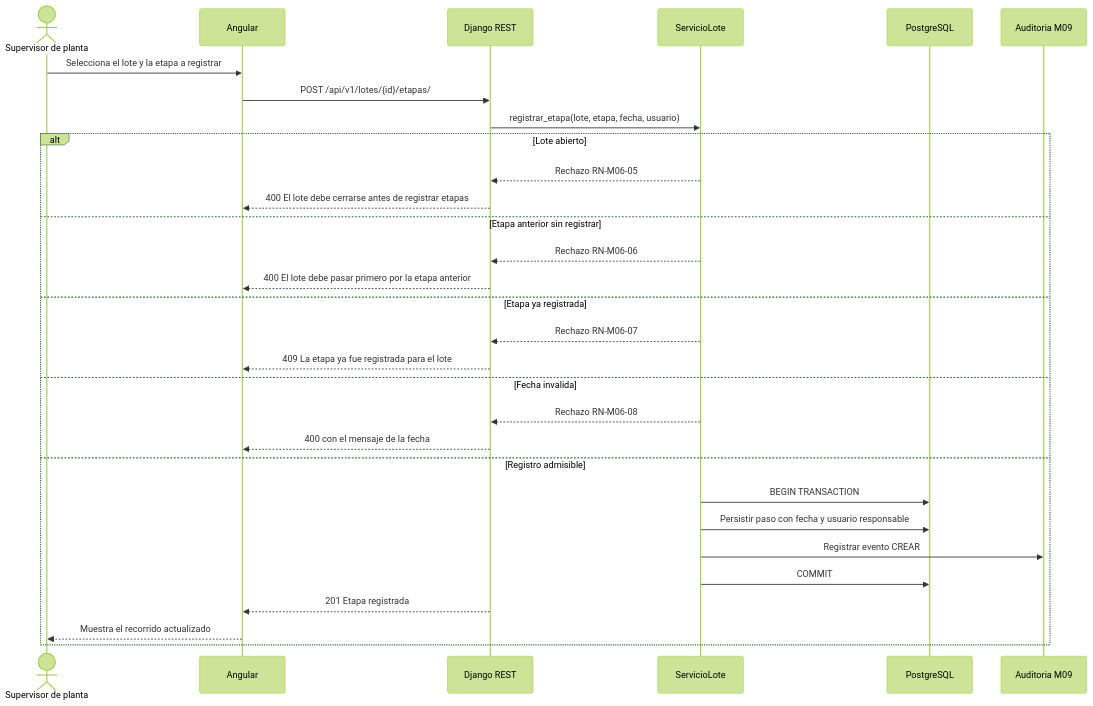
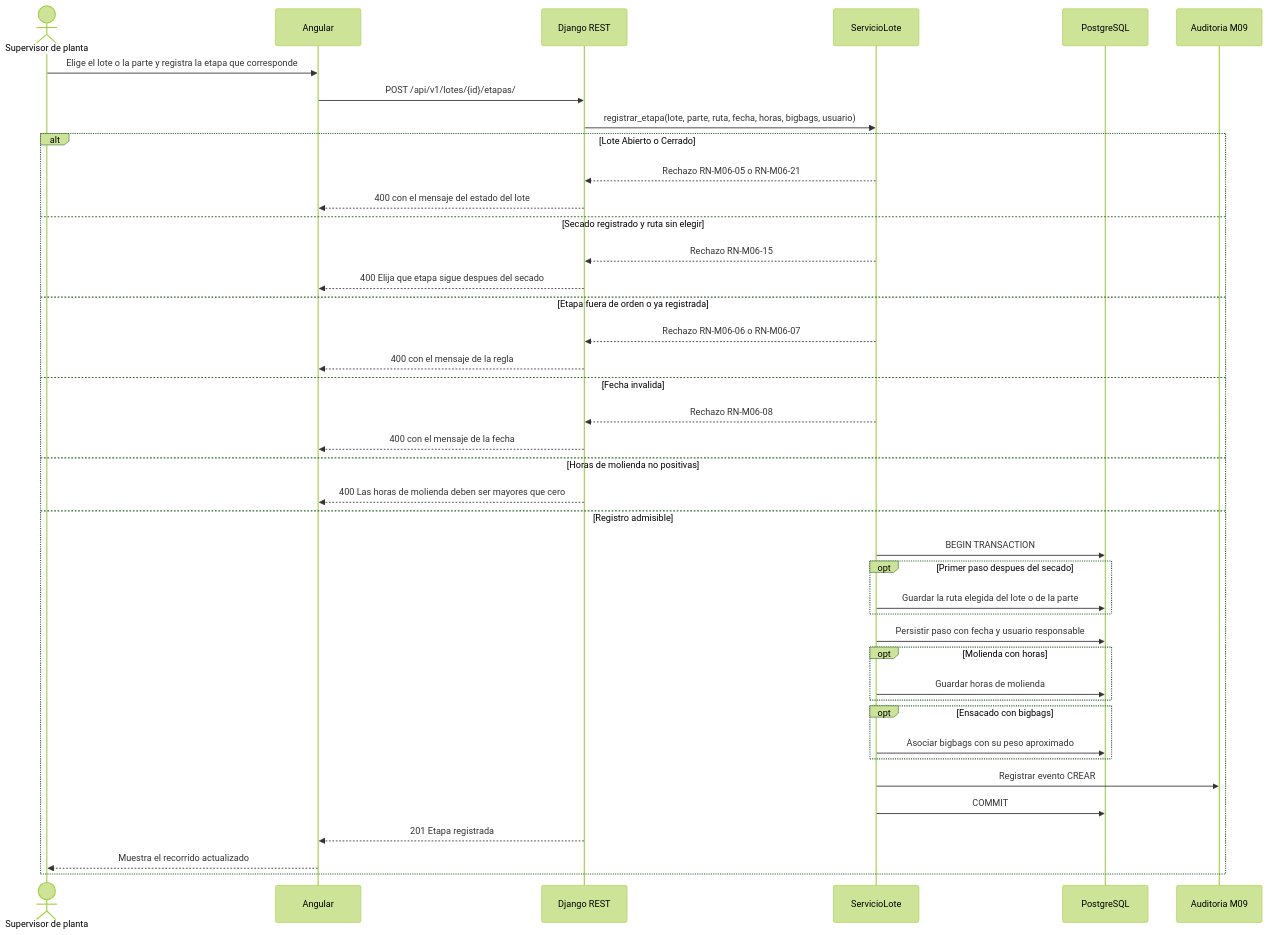
Before and after one commit to adlerOmonte1/LogisticaMinera: the second of 5 diagrams in docs/modulos/M06-trazabilidad/diagramas/secuencia.md, drawn with Mermaid (forest theme). The commit also changed other lines of this file and 9 other files, not shown here.

````diff
--- a/docs/modulos/M06-trazabilidad/diagramas/secuencia.md
+++ b/docs/modulos/M06-trazabilidad/diagramas/secuencia.md
@@ -64,34 +73,45 @@
 ```mermaid
 sequenceDiagram
     actor S as Supervisor de planta
     participant NG as Angular
     participant API as Django REST
     participant SRV as ServicioLote
     participant DB as PostgreSQL
     participant AUD as Auditoria M09
 
-    S->>NG: Selecciona el lote y la etapa a registrar
+    S->>NG: Elige el lote o la parte y registra la etapa que corresponde
     NG->>API: POST /api/v1/lotes/{id}/etapas/
-    API->>SRV: registrar_etapa(lote, etapa, fecha, usuario)
+    API->>SRV: registrar_etapa(lote, parte, ruta, fecha, horas, bigbags, usuario)
 
-    alt Lote abierto
-        SRV-->>API: Rechazo RN-M06-05
-        API-->>NG: 400 El lote debe cerrarse antes de registrar etapas
-    else Etapa anterior sin registrar
-        SRV-->>API: Rechazo RN-M06-06
-        API-->>NG: 400 El lote debe pasar primero por la etapa anterior
-    else Etapa ya registrada
-        SRV-->>API: Rechazo RN-M06-07
-        API-->>NG: 409 La etapa ya fue registrada para el lote
+    alt Lote Abierto o Cerrado
+        SRV-->>API: Rechazo RN-M06-05 o RN-M06-21
+        API-->>NG: 400 con el mensaje del estado del lote
+    else Secado registrado y ruta sin elegir
+        SRV-->>API: Rechazo RN-M06-15
+        API-->>NG: 400 Elija que etapa sigue despues del secado
+    else Etapa fuera de orden o ya registrada
+        SRV-->>API: Rechazo RN-M06-06 o RN-M06-07
+        API-->>NG: 400 con el mensaje de la regla
     else Fecha invalida
         SRV-->>API: Rechazo RN-M06-08
         API-->>NG: 400 con el mensaje de la fecha
+    else Horas de molienda no positivas
+        API-->>NG: 400 Las horas de molienda deben ser mayores que cero
     else Registro admisible
         SRV->>DB: BEGIN TRANSACTION
+        opt Primer paso despues del secado
+            SRV->>DB: Guardar la ruta elegida del lote o de la parte
+        end
         SRV->>DB: Persistir paso con fecha y usuario responsable
+        opt Molienda con horas
+            SRV->>DB: Guardar horas de molienda
+        end
+        opt Ensacado con bigbags
+            SRV->>DB: Asociar bigbags con su peso aproximado
+        end
         SRV->>AUD: Registrar evento CREAR
         SRV->>DB: COMMIT
         API-->>NG: 201 Etapa registrada
         NG-->>S: Muestra el recorrido actualizado
     end
 ```
````
